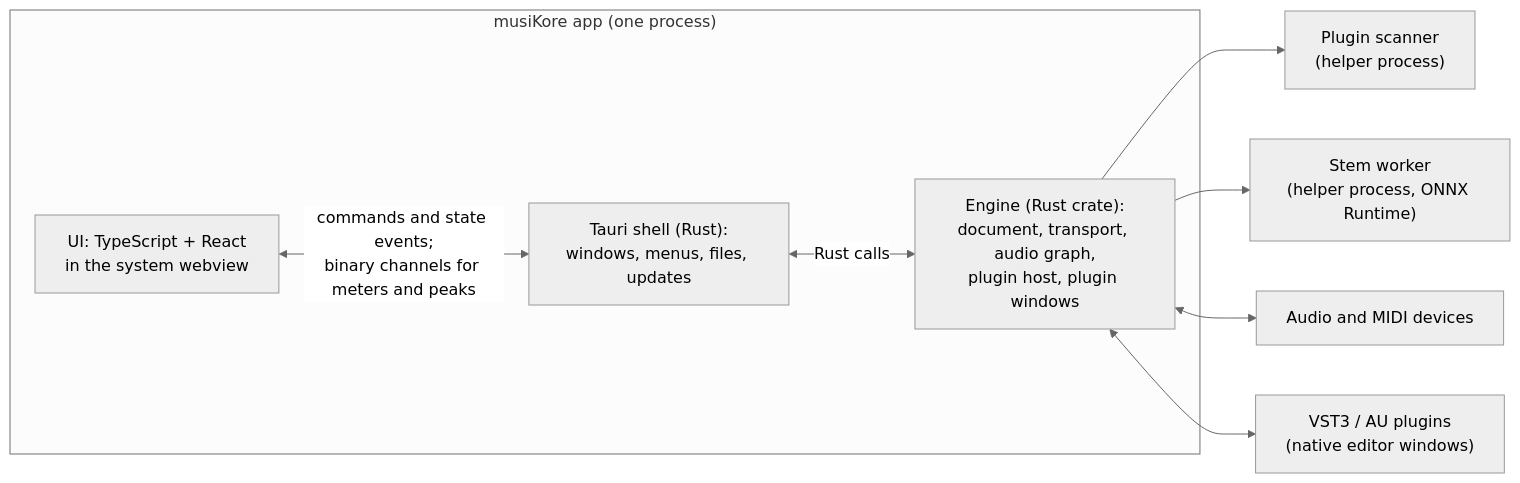
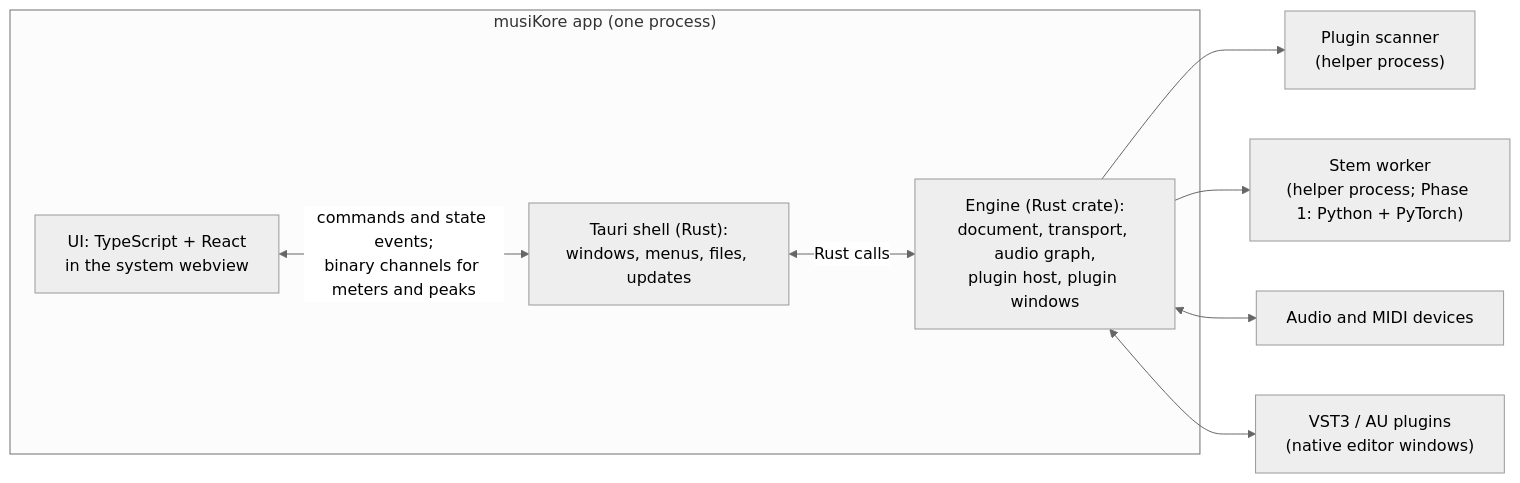
Before and after one commit to idevkore/dk-tunekore: the diagram in docs/PLAN.md, drawn with Mermaid (neutral theme). The commit also changed other lines of this file, not shown here.

Commit message:
docs(plan): record the Phase 1 model comparison and the worker decision

````diff
--- a/docs/PLAN.md
+++ b/docs/PLAN.md
@@ -88,16 +88,16 @@
 ```mermaid
 flowchart LR
   subgraph App["musiKore app (one process)"]
     UI["UI: TypeScript + React<br/>in the system webview"]
     Shell["Tauri shell (Rust):<br/>windows, menus, files, updates"]
     Engine["Engine (Rust crate):<br/>document, transport, audio graph,<br/>plugin host, plugin windows"]
     UI <-- "commands and state events;<br/>binary channels for meters and peaks" --> Shell
     Shell <-- "Rust calls" --> Engine
   end
   Scanner["Plugin scanner<br/>(helper process)"]
-  Stems["Stem worker<br/>(helper process, ONNX Runtime)"]
+  Stems["Stem worker<br/>(helper process; Phase 1: Python + PyTorch)"]
   Engine --> Scanner
   Engine --> Stems
   Engine <--> Audio["Audio and MIDI devices"]
   Engine <--> Plugins["VST3 / AU plugins<br/>(native editor windows)"]
 ```
````
